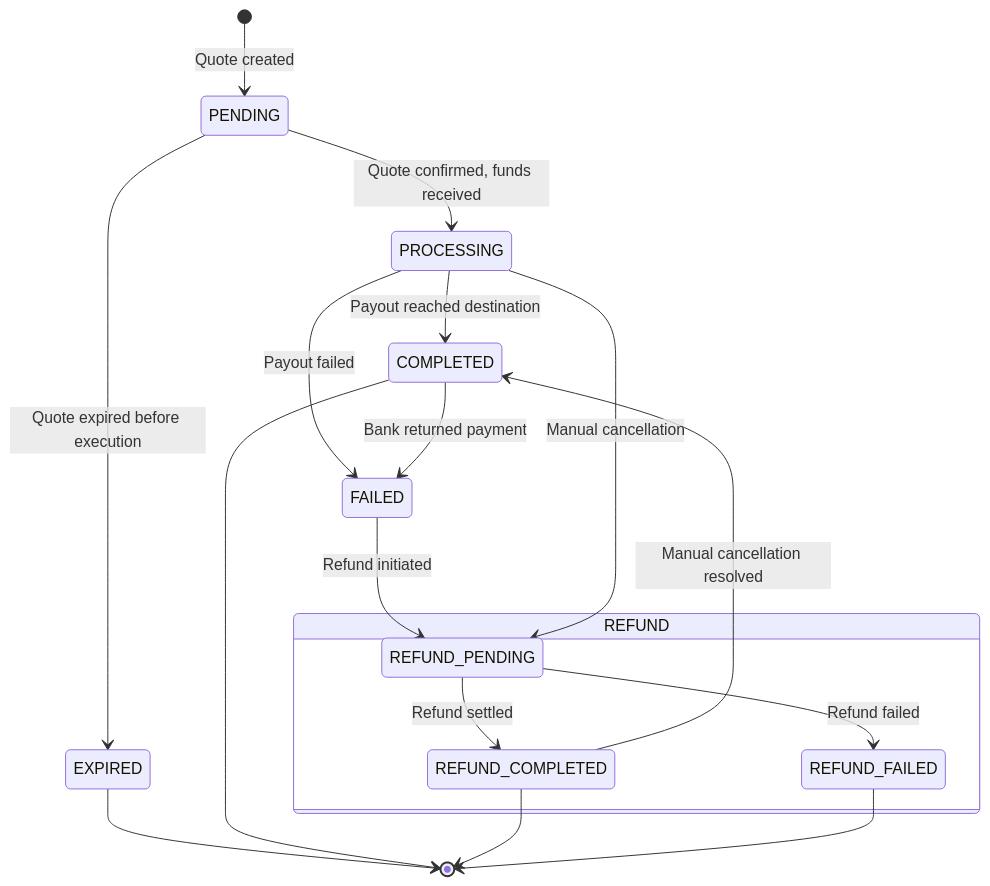
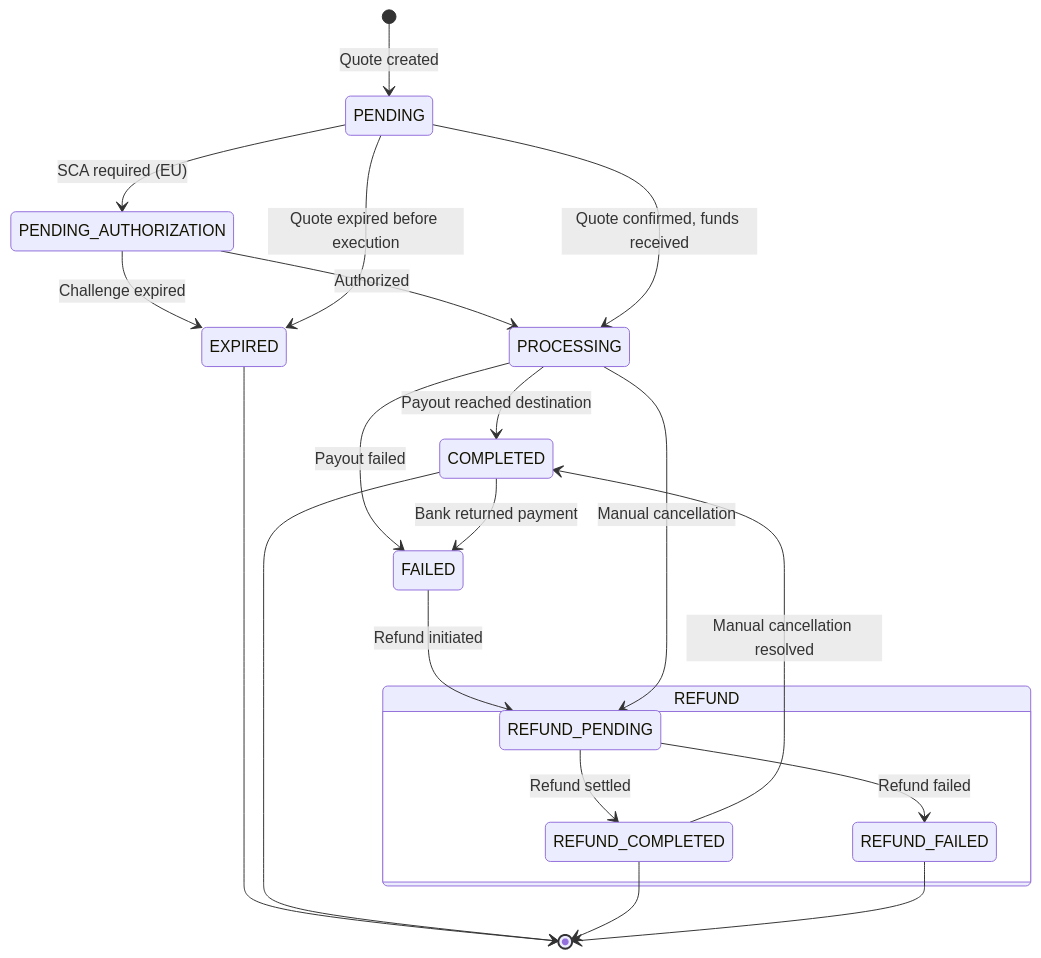
Before and after one commit to lightsparkdev/grid-api: the diagram in mintlify/platform-overview/core-concepts/transaction-lifecycle.mdx, drawn with Mermaid. The commit also changed other lines of this file and 1 other file, not shown here.

First line of the commit message:
docs: add PENDING_AUTHORIZATION status for SCA to quote and transaction docs

````diff
--- a/mintlify/platform-overview/core-concepts/transaction-lifecycle.mdx
+++ b/mintlify/platform-overview/core-concepts/transaction-lifecycle.mdx
@@ -135,20 +136,23 @@
 ```mermaid
 stateDiagram-v2
     [*] --> PENDING : Quote created
+    PENDING --> PENDING_AUTHORIZATION : SCA required (EU)
+    PENDING_AUTHORIZATION --> PROCESSING : Authorized
+    PENDING_AUTHORIZATION --> EXPIRED : Challenge expired
     PENDING --> PROCESSING : Quote confirmed, funds received
     PENDING --> EXPIRED : Quote expired before execution
     PROCESSING --> COMPLETED : Payout reached destination
     PROCESSING --> FAILED : Payout failed
     COMPLETED --> FAILED : Bank returned payment
     FAILED --> REFUND_PENDING : Refund initiated
     PROCESSING --> REFUND_PENDING : Manual cancellation
     state "REFUND" as refund {
         REFUND_PENDING --> REFUND_COMPLETED : Refund settled
         REFUND_PENDING --> REFUND_FAILED : Refund failed
     }
     REFUND_COMPLETED --> COMPLETED : Manual cancellation resolved
     EXPIRED --> [*]
     COMPLETED --> [*]
     REFUND_COMPLETED --> [*]
     REFUND_FAILED --> [*]
 ```
````
